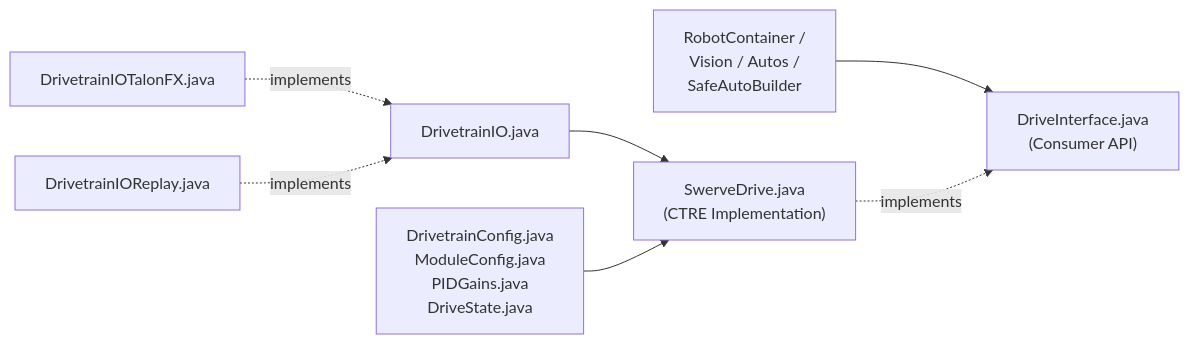
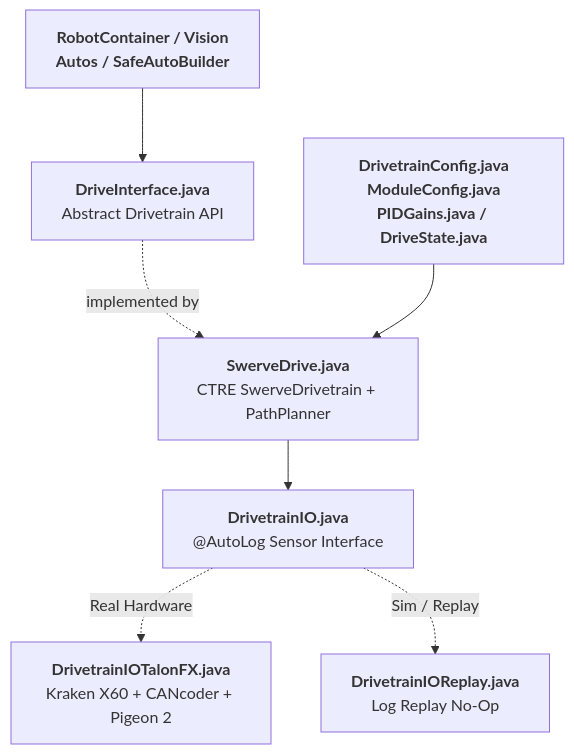
One commit to FRC-Flux-Robotics/FRC-Flux-Robotics.github.io changed the diagram in docs/classes/drivetrain.md. Above: the diagram before and after it, drawn with Mermaid. The commit also changed 6 other files, not shown here.

Commit message:
Fix Mermaid diagram readability: vertical 3-column layout, <br/> line breaks, and wider container

````diff
--- a/docs/classes/drivetrain.md
+++ b/docs/classes/drivetrain.md
@@ -5,9 +5,9 @@
 ```mermaid
-flowchart LR
-    Consumers["RobotContainer /\nVision / Autos /\nSafeAutoBuilder"] --> DI["DriveInterface.java\n(Consumer API)"]
-    SD["SwerveDrive.java\n(CTRE Implementation)"] -.->|implements| DI
-    DIO["DrivetrainIO.java"] --> SD
-    DIOT["DrivetrainIOTalonFX.java"] -.->|implements| DIO
-    DIOR["DrivetrainIOReplay.java"] -.->|implements| DIO
-    Cfg["DrivetrainConfig.java\nModuleConfig.java\nPIDGains.java\nDriveState.java"] --> SD
+flowchart TB
+    Consumers["<b>RobotContainer / Vision</b><br/><b>Autos / SafeAutoBuilder</b>"] --> DI["<b>DriveInterface.java</b><br/>Abstract Drivetrain API"]
+    DI -.->|implemented by| SD["<b>SwerveDrive.java</b><br/>CTRE SwerveDrivetrain + PathPlanner"]
+    Cfg["<b>DrivetrainConfig.java</b><br/><b>ModuleConfig.java</b><br/><b>PIDGains.java / DriveState.java</b>"] --> SD
+    SD --> DIO["<b>DrivetrainIO.java</b><br/>@AutoLog Sensor Interface"]
+    DIO -.->|Real Hardware| DIOT["<b>DrivetrainIOTalonFX.java</b><br/>Kraken X60 + CANcoder + Pigeon 2"]
+    DIO -.->|Sim / Replay| DIOR["<b>DrivetrainIOReplay.java</b><br/>Log Replay No-Op"]
 ```
````
